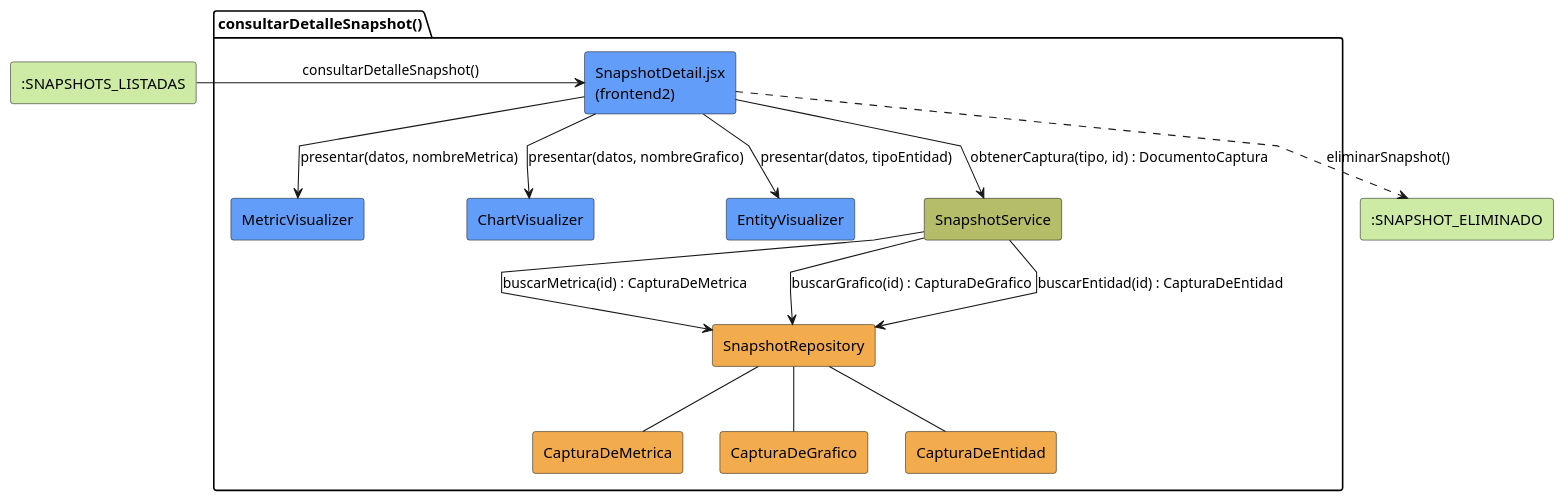
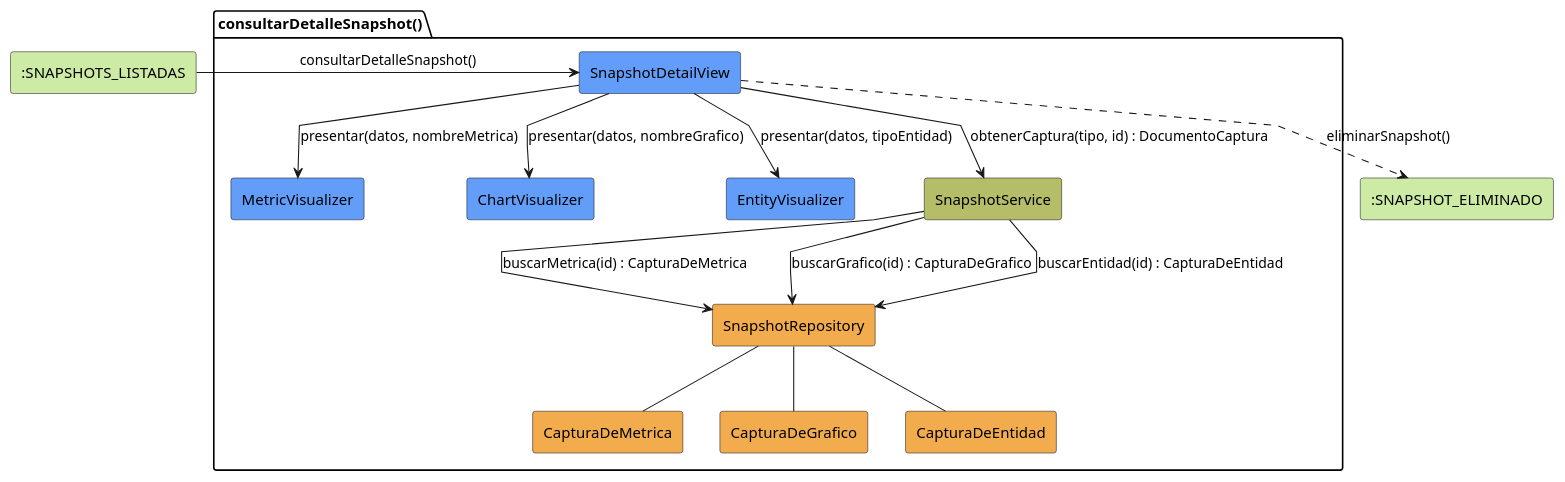
One commit to ceesargaarcia/GII-TFG-2026 changed the diagram in Estudiantes/cesar-garcia-eguiguren/Capítulo-3/diagramas/análisis/cu_19.puml. Above: the diagram before and after it, drawn with PlantUML. The commit also changed 26 other files, not shown here.

```diff
--- a/Estudiantes/cesar-garcia-eguiguren/Capítulo-3/diagramas/análisis/cu_19.puml
+++ b/Estudiantes/cesar-garcia-eguiguren/Capítulo-3/diagramas/análisis/cu_19.puml
@@ -1,37 +1,37 @@
 @startuml CU19-consultarDetalleSnapshot-analisis
 skinparam linetype polyline
 
 rectangle #CDEBA5 ":SNAPSHOTS_LISTADAS" as Entrada
 
 package "consultarDetalleSnapshot()" {
-    rectangle #629EF9 "SnapshotDetail.jsx\n(frontend2)" as View
+    rectangle #629EF9 "SnapshotDetailView" as View
     rectangle #629EF9 "MetricVisualizer" as MetricViz
     rectangle #629EF9 "ChartVisualizer" as ChartViz
     rectangle #629EF9 "EntityVisualizer" as EntityViz
 
     rectangle #b5bd68 "SnapshotService" as Service
 
     rectangle #F2AC4E "SnapshotRepository" as Repo
     rectangle #F2AC4E "CapturaDeMetrica" as MetricaColl
     rectangle #F2AC4E "CapturaDeGrafico" as GraficoColl
     rectangle #F2AC4E "CapturaDeEntidad" as EntidadColl
 }
 
 rectangle #CDEBA5 ":SNAPSHOT_ELIMINADO" as SalidaEliminado
 
 Entrada -r-> View : consultarDetalleSnapshot()
 
 View -d-> Service : obtenerCaptura(tipo, id) : DocumentoCaptura
 Service --> Repo : buscarMetrica(id) : CapturaDeMetrica
 Service --> Repo : buscarGrafico(id) : CapturaDeGrafico
 Service --> Repo : buscarEntidad(id) : CapturaDeEntidad
 Repo -- MetricaColl
 Repo -- GraficoColl
 Repo -- EntidadColl
 
 View -d-> MetricViz : presentar(datos, nombreMetrica)
 View -d-> ChartViz : presentar(datos, nombreGrafico)
 View -d-> EntityViz : presentar(datos, tipoEntidad)
 
 View ..> SalidaEliminado : eliminarSnapshot()
 @enduml
```
